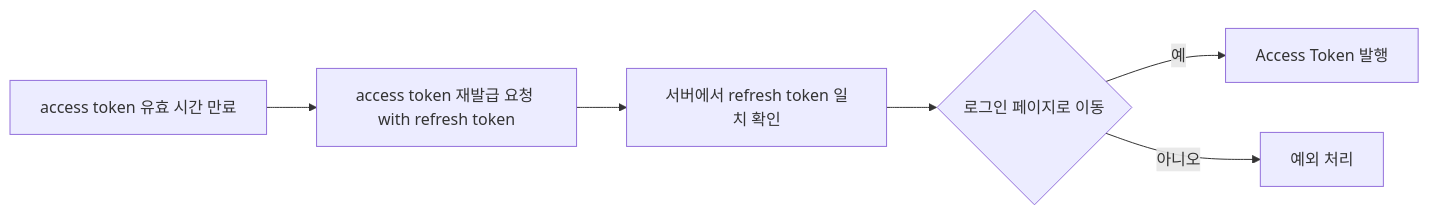
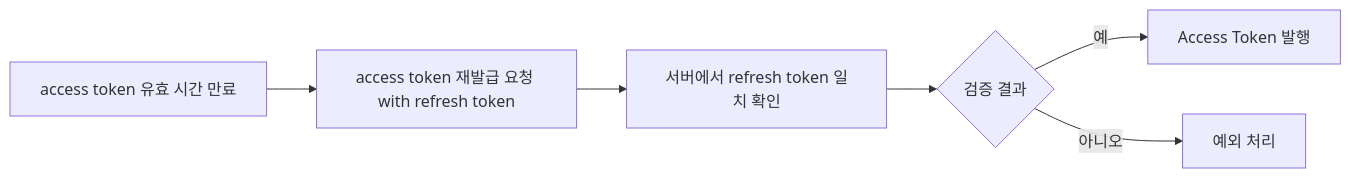
Before and after one commit to prgrms-be-adv-devcourse/beadv1_1_ctrlz_BE: the fourth of 15 diagrams in readme.md, drawn with Mermaid. The commit also changed other lines of this file, not shown here.

````diff
--- a/readme.md
+++ b/readme.md
@@ -360,6 +407,6 @@
 ```mermaid
 flowchart LR
-    A[access token 유효 시간 만료] --> B[access token 재발급 요청 with refresh token] --> C[서버에서 refresh token 일치 확인] --> D{로그인 페이지로 이동}
+    A[access token 유효 시간 만료] --> B[access token 재발급 요청 with refresh token] --> C[서버에서 refresh token 일치 확인] --> D{검증 결과}
     D -- 예 --> E[Access Token 발행]
     D -- 아니오 --> F[예외 처리]
 ```
````
